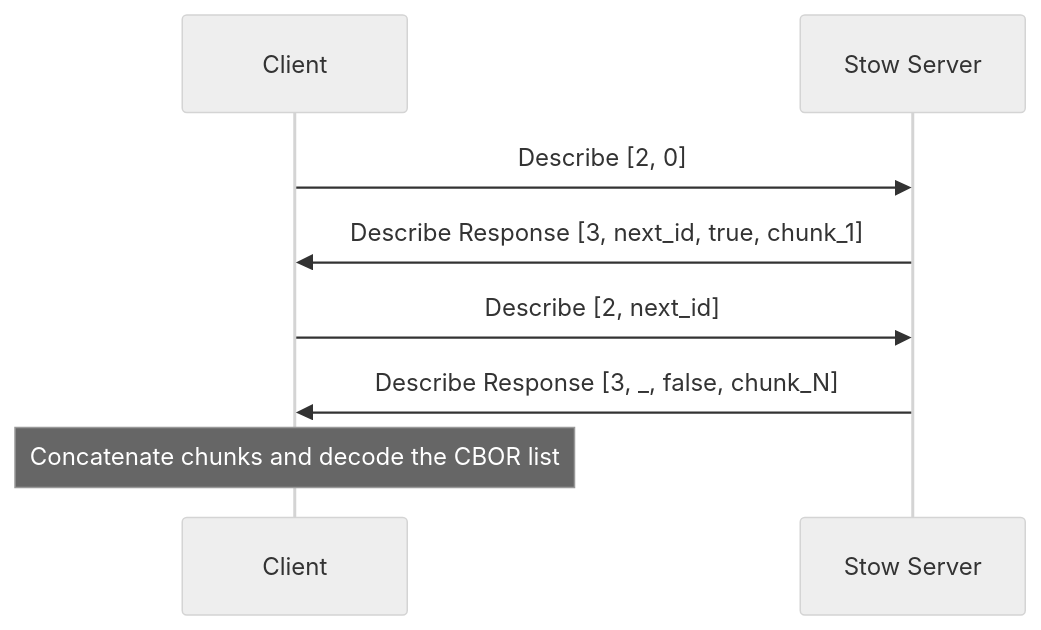
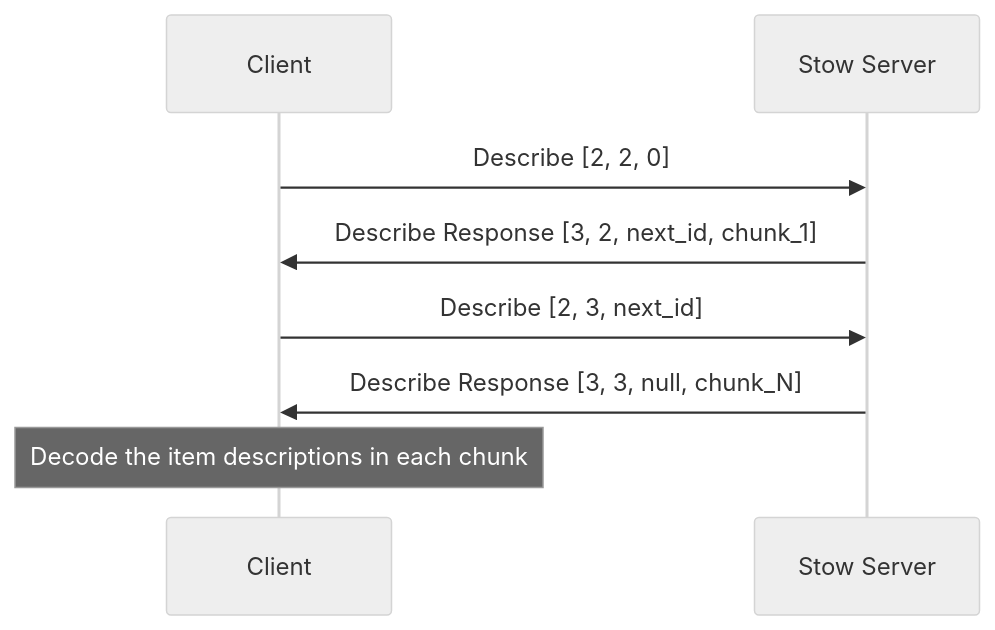
One commit to Demizo/Gantry changed the second of 4 diagrams in docs/source/stow/protocol.rst. Above: the diagram before and after it, drawn with Mermaid. The commit also changed other lines of this file and 1 other file, not shown here.

Commit message:
docs: describe the revised Stow protocol and transport contract

```diff
--- a/docs/source/stow/protocol.rst
+++ b/docs/source/stow/protocol.rst
@@ -292,12 +199,12 @@
 .. mermaid::
 
     %%{init: {"theme": "neutral"}}%%
     sequenceDiagram
         participant C as Client
         participant S as Stow Server
 
-        C->>S: Describe [2, 0]
-        S->>C: Describe Response [3, next_id, true, chunk_1]
-        C->>S: Describe [2, next_id]
-        S->>C: Describe Response [3, _, false, chunk_N]
-        Note over C: Concatenate chunks and decode the CBOR list
+        C->>S: Describe [2, 2, 0]
+        S->>C: Describe Response [3, 2, next_id, chunk_1]
+        C->>S: Describe [2, 3, next_id]
+        S->>C: Describe Response [3, 3, null, chunk_N]
+        Note over C: Decode the item descriptions in each chunk
```
